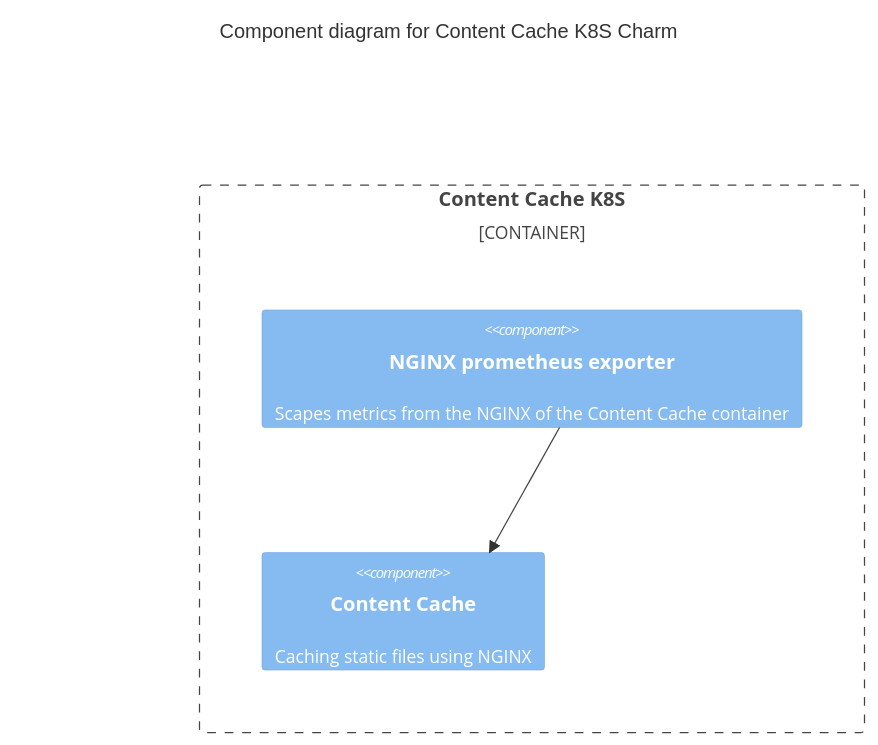
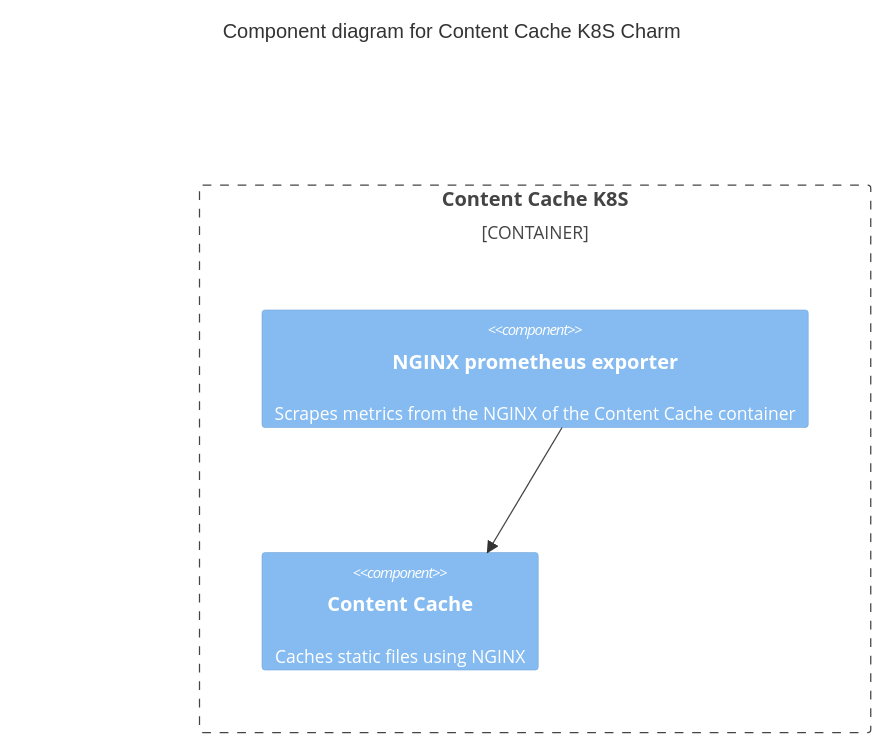
The first of 2 diagrams in docs/explanation/charm-architecture.md (canonical/content-cache-k8s-operator), drawn with Mermaid before and after one commit. The commit also changed other lines of this file, not shown here.

````diff
--- a/docs/explanation/charm-architecture.md
+++ b/docs/explanation/charm-architecture.md
@@ -30,11 +30,11 @@
 ```mermaid
 C4Component
 title Component diagram for Content Cache K8S Charm
 
 Container_Boundary(content-cache-k8s, "Content Cache K8S") {
-  Component(nginx-prometheus, "NGINX prometheus exporter", "", "Scapes metrics from the NGINX of the Content Cache container")
-  Component(charm, "Content Cache", "", "Caching static files using NGINX")
+  Component(nginx-prometheus, "NGINX prometheus exporter", "", "Scrapes metrics from the NGINX of the Content Cache container")
+  Component(charm, "Content Cache", "", "Caches static files using NGINX")
 
   Rel(nginx-prometheus, charm, "")
 }
 ```
````
